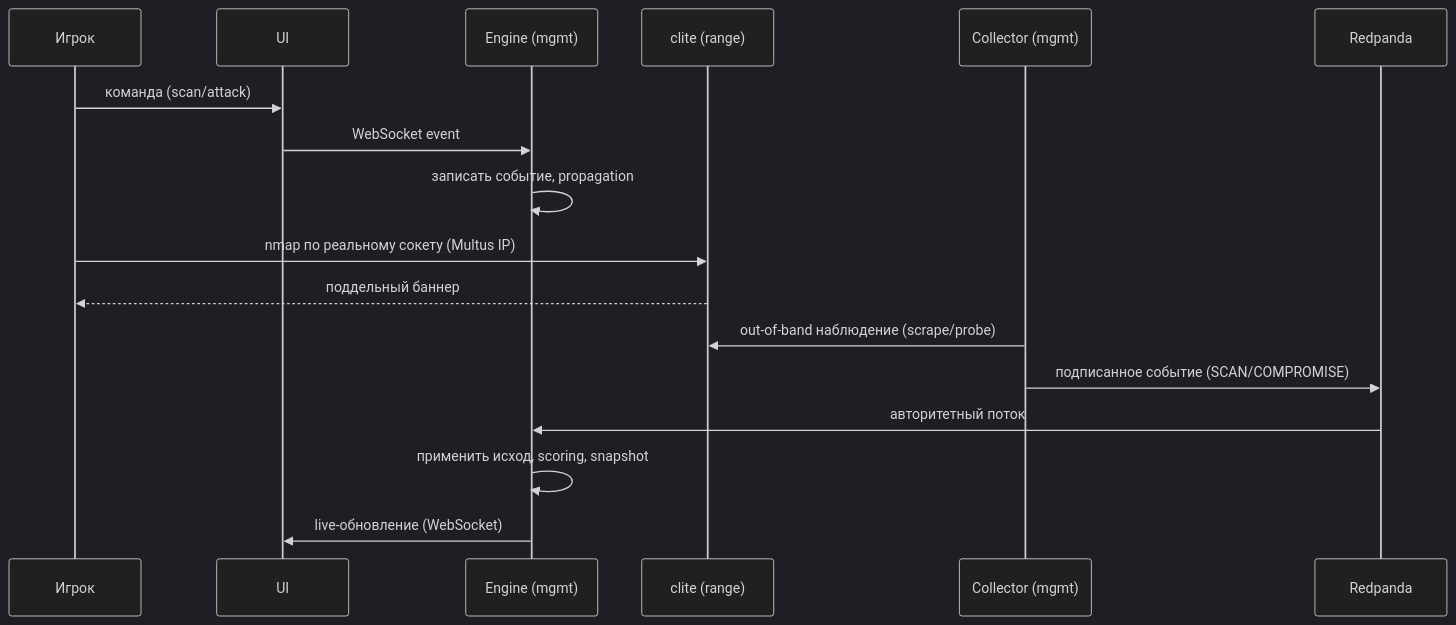
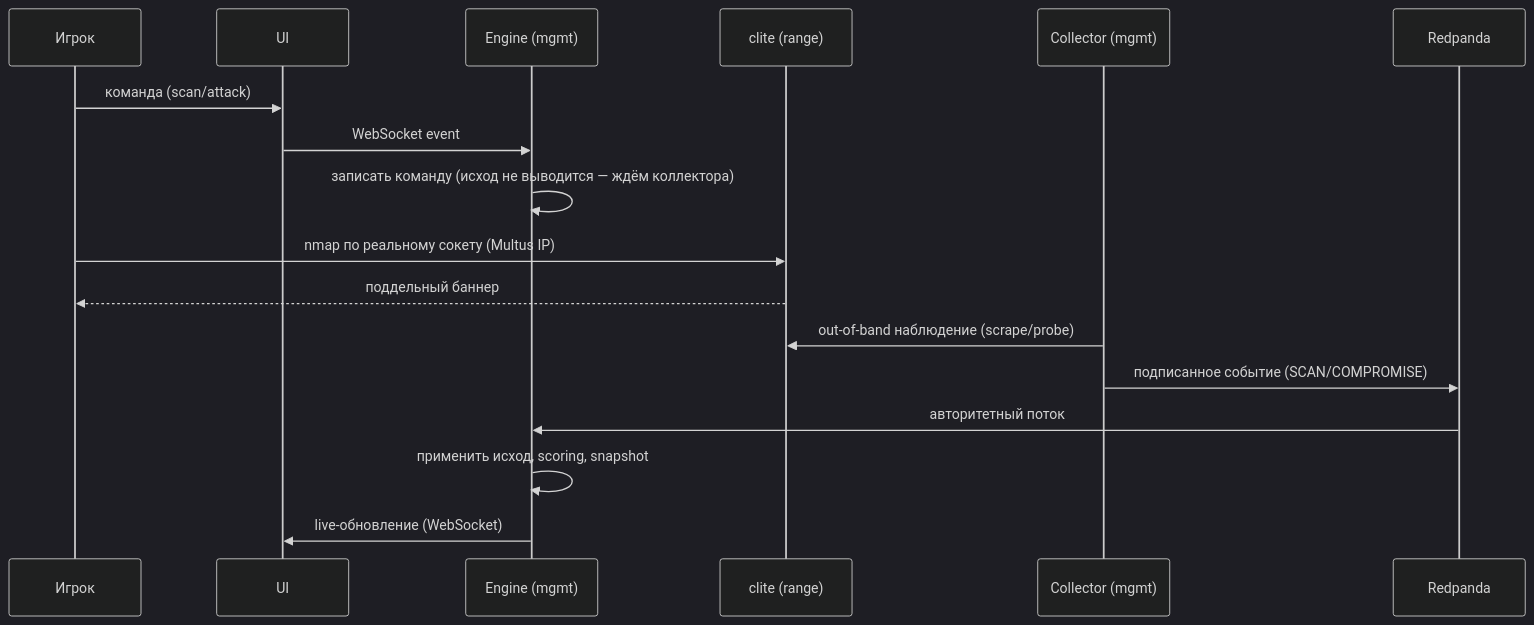
The first of 2 diagrams in DATA_FLOW.md (TheCipherKeeper/cybercity), drawn with Mermaid (dark theme) before and after one commit. The commit also changed other lines of this file and 6 other files, not shown here.

````diff
--- a/DATA_FLOW.md
+++ b/DATA_FLOW.md
@@ -75,19 +82,19 @@
 ```mermaid
 sequenceDiagram
     participant P as Игрок
     participant UI as UI
     participant E as Engine (mgmt)
     participant L as clite (range)
     participant C as Collector (mgmt)
     participant B as Redpanda
     P->>UI: команда (scan/attack)
     UI->>E: WebSocket event
-    E->>E: записать событие, propagation
+    E->>E: записать команду (исход не выводится — ждём коллектора)
     P->>L: nmap по реальному сокету (Multus IP)
     L-->>P: поддельный баннер
     C->>L: out-of-band наблюдение (scrape/probe)
     C->>B: подписанное событие (SCAN/COMPROMISE)
     B->>E: авторитетный поток
     E->>E: применить исход, scoring, snapshot
     E->>UI: live-обновление (WebSocket)
 ```
````
